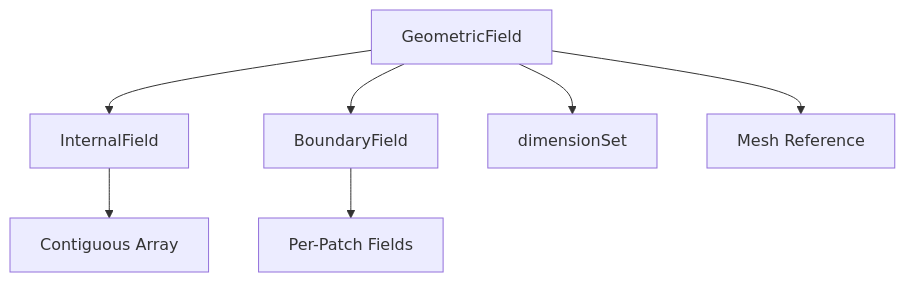
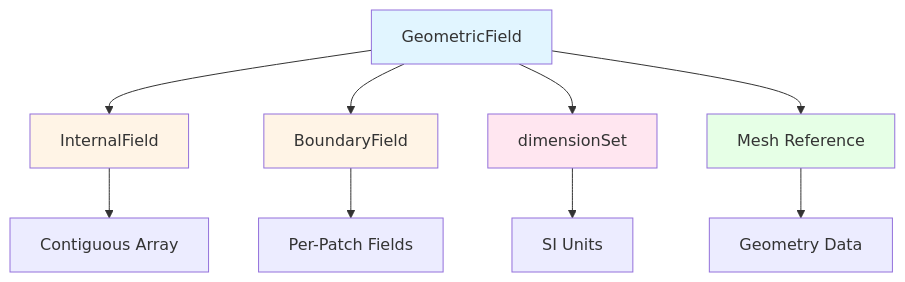
The first of 5 diagrams in MODULE_05_OPENFOAM_PROGRAMMING/CONTENT/05_FIELDS_GEOMETRICFIELDS/02_Design_Philosophy.md (wramet/build-my-cfd), drawn with Mermaid before and after one commit. The commit also changed other lines of this file and 124 other files, not shown here.

````diff
--- a/MODULE_05_OPENFOAM_PROGRAMMING/CONTENT/05_FIELDS_GEOMETRICFIELDS/02_Design_Philosophy.md
+++ b/MODULE_05_OPENFOAM_PROGRAMMING/CONTENT/05_FIELDS_GEOMETRICFIELDS/02_Design_Philosophy.md
@@ -11,9 +22,16 @@
 ```mermaid
 flowchart TD
     A[GeometricField] --> B[InternalField]
     A --> C[BoundaryField]
     A --> D[dimensionSet]
     A --> E[Mesh Reference]
     B --> F[Contiguous Array]
     C --> G[Per-Patch Fields]
+    D --> H[SI Units]
+    E --> I[Geometry Data]
+    style A fill:#e1f5ff
+    style B fill:#fff4e6
+    style C fill:#fff4e6
+    style D fill:#ffe6f0
+    style E fill:#e6ffe6
 ```
````
